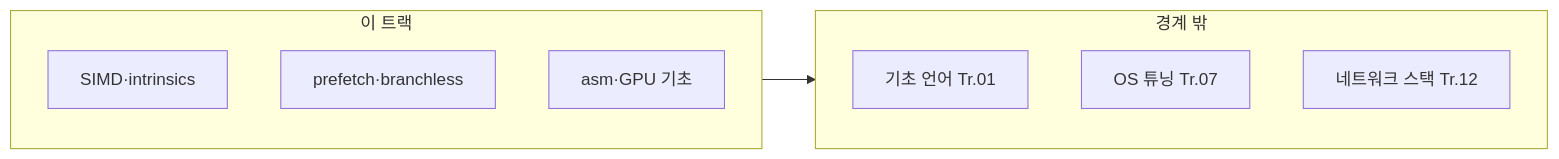
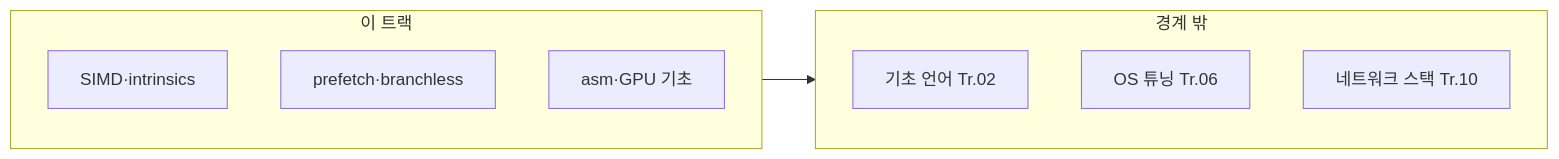
One commit to 42jerrykim/42jerrykim.github.io changed the diagram in content/collection/optimization-08-optimization-techniques/00-introduction/index.md. Above: the diagram before and after it, drawn with Mermaid. The commit also changed other lines of this file and 661 other files, not shown here.

````diff
--- a/content/collection/optimization-08-optimization-techniques/00-introduction/index.md
+++ b/content/collection/optimization-08-optimization-techniques/00-introduction/index.md
@@ -130,14 +130,14 @@
 ```mermaid
 flowchart LR
   subgraph inScope [이 트랙]
     A["SIMD·intrinsics"]
     B["prefetch·branchless"]
     C["asm·GPU 기초"]
   end
   subgraph outScope [경계 밖]
-    D["기초 언어 Tr.01"]
-    E["OS 튜닝 Tr.07"]
-    F["네트워크 스택 Tr.12"]
+    D["기초 언어 Tr.02"]
+    E["OS 튜닝 Tr.06"]
+    F["네트워크 스택 Tr.10"]
   end
   inScope --> outScope
 ```
````
